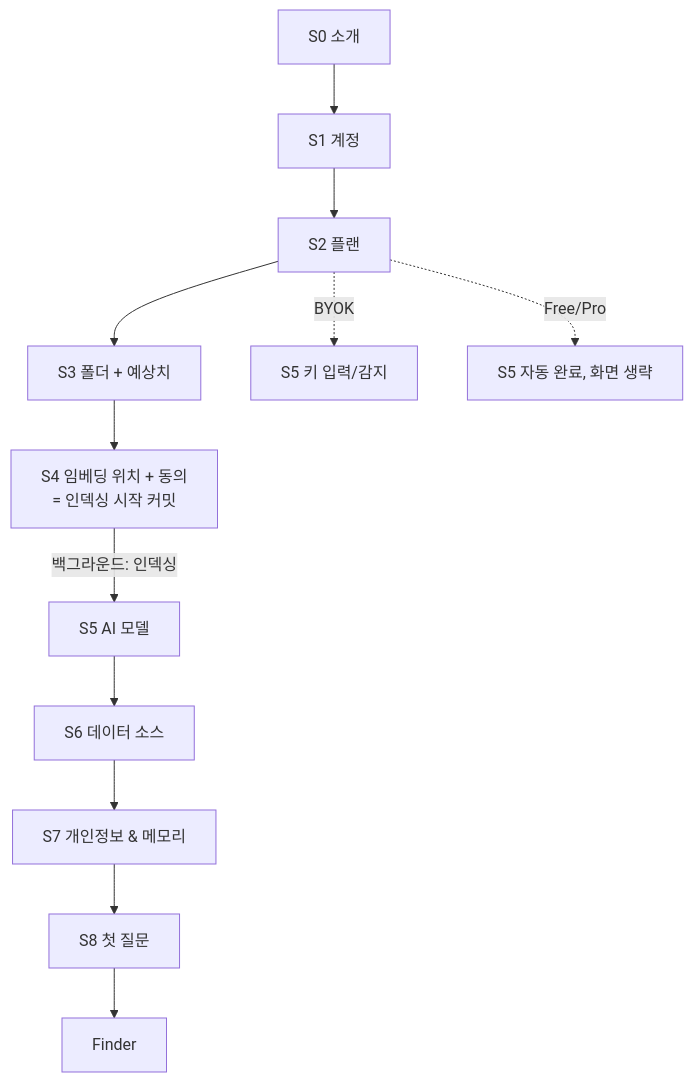
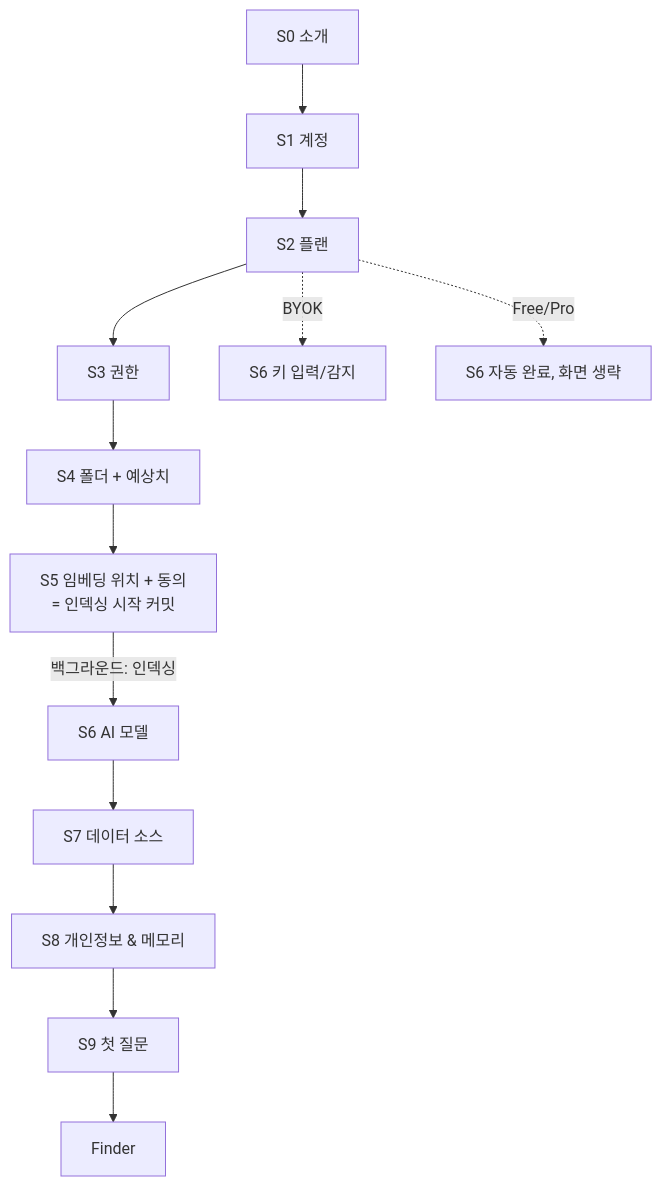
The first of 2 diagrams in docs/onboarding-plan.md (NomaDamas/AutoRAG-app), drawn with Mermaid before and after one commit. The commit also changed other lines of this file and 2 other files, not shown here.

````diff
--- a/docs/onboarding-plan.md
+++ b/docs/onboarding-plan.md
@@ -69,14 +69,15 @@
 ```mermaid
 flowchart TD
   S0[S0 소개] --> S1[S1 계정]
   S1 --> S2[S2 플랜]
-  S2 --> S3[S3 폴더 + 예상치]
-  S3 --> S4[S4 임베딩 위치 + 동의<br/>= 인덱싱 시작 커밋]
-  S4 -->|백그라운드: 인덱싱| S5[S5 AI 모델]
-  S5 --> S6[S6 데이터 소스]
-  S6 --> S7[S7 개인정보 & 메모리]
-  S7 --> S8[S8 첫 질문]
-  S8 --> F[Finder]
-  S2 -. BYOK .-> S5b[S5 키 입력/감지]
-  S2 -. Free/Pro .-> S5a[S5 자동 완료, 화면 생략]
+  S2 --> S3[S3 권한]
+  S3 --> S4[S4 폴더 + 예상치]
+  S4 --> S5[S5 임베딩 위치 + 동의<br/>= 인덱싱 시작 커밋]
+  S5 -->|백그라운드: 인덱싱| S6[S6 AI 모델]
+  S6 --> S7[S7 데이터 소스]
+  S7 --> S8[S8 개인정보 & 메모리]
+  S8 --> S9[S9 첫 질문]
+  S9 --> F[Finder]
+  S2 -. BYOK .-> S6b[S6 키 입력/감지]
+  S2 -. Free/Pro .-> S6a[S6 자동 완료, 화면 생략]
 ```
````
